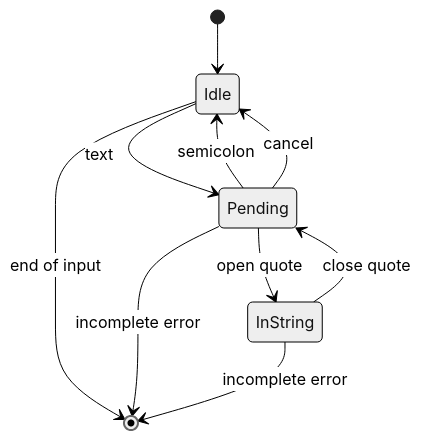
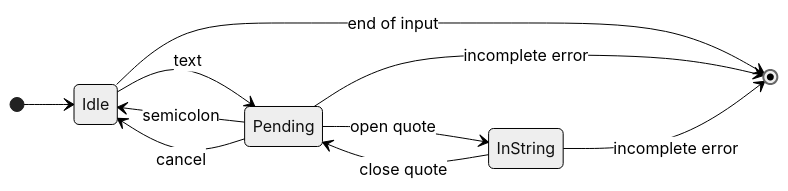
Before and after one commit to daniel-gs-93/flatfiledb: diagram 11 of 11 in docs/DesignDocument.md, drawn with Mermaid (neutral theme). The commit also changed other lines of this file and 76 other files, not shown here.

````diff
--- a/docs/DesignDocument.md
+++ b/docs/DesignDocument.md
@@ -704,12 +656,13 @@
 ```mermaid
 stateDiagram-v2
+    direction LR
     [*] --> Idle
     Idle --> Pending: text
     Pending --> Idle: semicolon
     Pending --> Idle: cancel
     Pending --> InString: open quote
     InString --> Pending: close quote
     Idle --> [*]: end of input
     Pending --> [*]: incomplete error
     InString --> [*]: incomplete error
 ```
````
